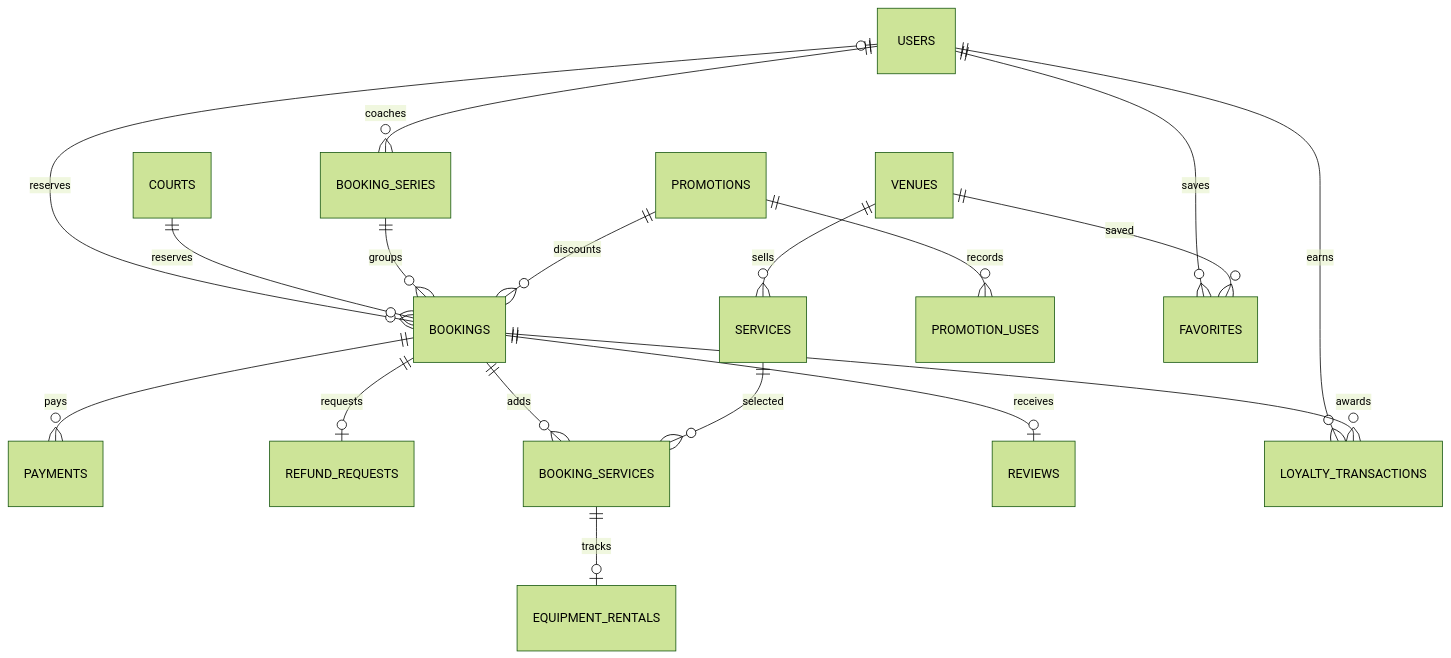
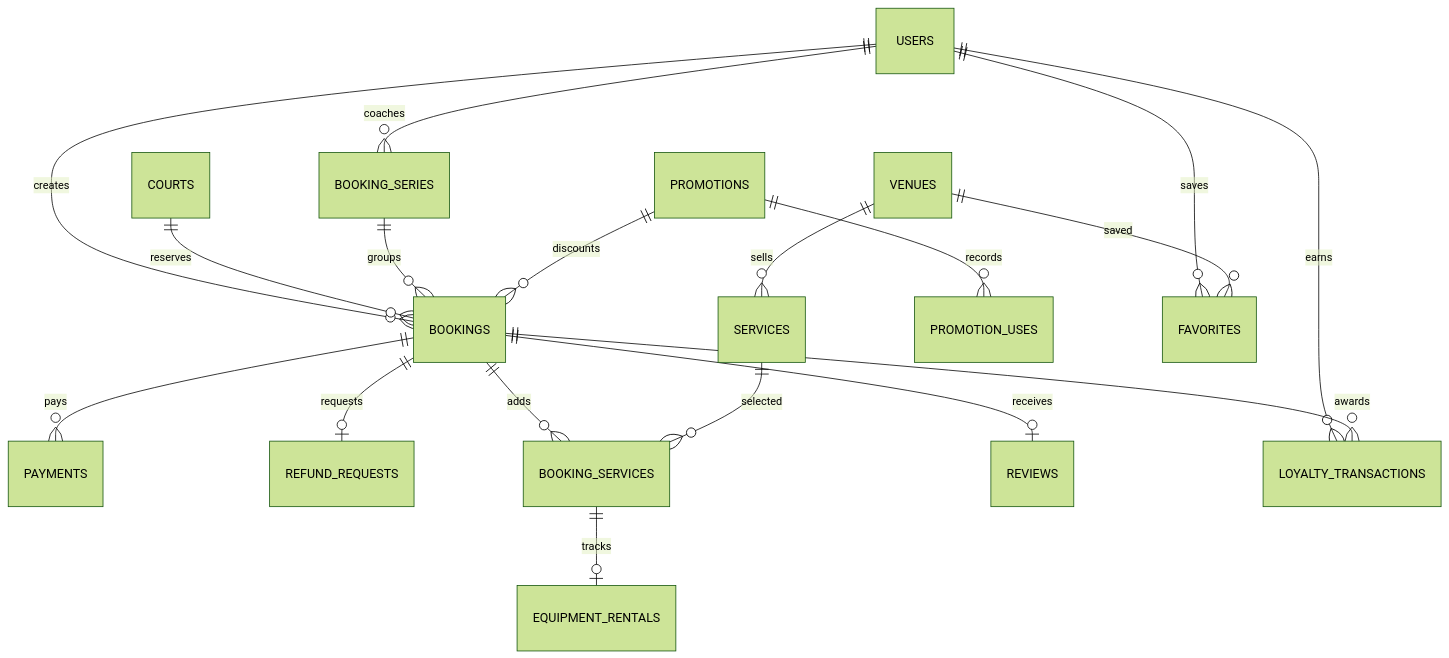
The second of 3 diagrams in database/ERD.md (Thanhsweet/TKLT_Web), drawn with Mermaid (forest theme) before and after one commit. The commit also changed other lines of this file, not shown here.

````diff
--- a/database/ERD.md
+++ b/database/ERD.md
@@ -25,20 +25,20 @@
 ```mermaid
 erDiagram
-  USERS o|--o{ BOOKINGS : reserves
+  USERS ||--o{ BOOKINGS : creates
   COURTS ||--o{ BOOKINGS : reserves
   BOOKING_SERIES ||--o{ BOOKINGS : groups
   USERS ||--o{ BOOKING_SERIES : coaches
   PROMOTIONS ||--o{ BOOKINGS : discounts
   BOOKINGS ||--o{ PAYMENTS : pays
   BOOKINGS ||--o| REFUND_REQUESTS : requests
   VENUES ||--o{ SERVICES : sells
   BOOKINGS ||--o{ BOOKING_SERVICES : adds
   SERVICES ||--o{ BOOKING_SERVICES : selected
   BOOKING_SERVICES ||--o| EQUIPMENT_RENTALS : tracks
   PROMOTIONS ||--o{ PROMOTION_USES : records
   BOOKINGS ||--o| REVIEWS : receives
   USERS ||--o{ FAVORITES : saves
   VENUES ||--o{ FAVORITES : saved
   USERS ||--o{ LOYALTY_TRANSACTIONS : earns
   BOOKINGS ||--o{ LOYALTY_TRANSACTIONS : awards
 ```
````
